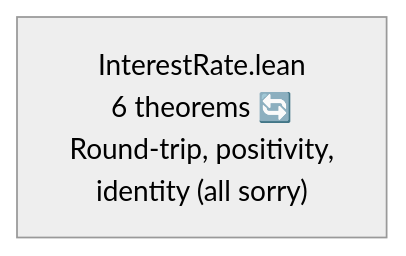
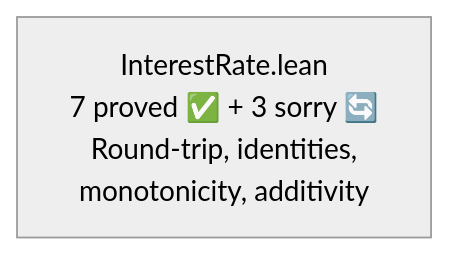
One commit to dsyme/QuantLib changed the third of 6 diagrams in formal-verification/REPORT.md. Above: the diagram before and after it, drawn with Mermaid (neutral theme). The commit also changed other lines of this file and 1 other file, not shown here.

First line of the commit message:
feat: prove 7 InterestRate theorems over exact rationals (#6)

````diff
--- a/formal-verification/REPORT.md
+++ b/formal-verification/REPORT.md
@@ -55,4 +55,4 @@
 ```mermaid
 graph LR
-    F2["InterestRate.lean<br/>6 theorems 🔄<br/>Round-trip, positivity,<br/>identity (all sorry)"]
+    F2["InterestRate.lean<br/>7 proved ✅ + 3 sorry 🔄<br/>Round-trip, identities,<br/>monotonicity, additivity"]
 ```
````
